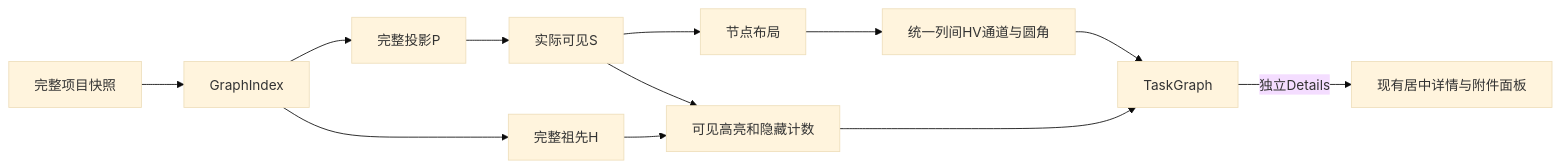
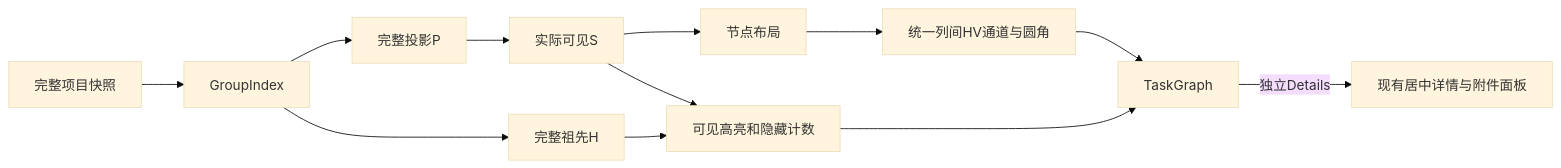
The diagram in docs/design/daynight-task-inspection.md (codetreker/day-night), drawn with Mermaid (base theme) before and after one commit. The commit also changed other lines of this file and 141 other files, not shown here.

````diff
--- a/docs/design/daynight-task-inspection.md
+++ b/docs/design/daynight-task-inspection.md
@@ -13,14 +13,14 @@
 ```mermaid
 flowchart LR
-  Snapshot[完整项目快照] --> Index[GraphIndex]
+  Snapshot[完整项目快照] --> Index[GroupIndex]
   Index --> P[完整投影P]
   P --> S[实际可见S]
   S --> Layout[节点布局]
   Layout --> Channels[统一列间HV通道与圆角]
   Index --> H[完整祖先H]
   H --> Paint[可见高亮和隐藏计数]
   S --> Paint
   Channels --> Canvas[TaskGraph]
   Paint --> Canvas
   Canvas -->|独立Details| Detail[现有居中详情与附件面板]
 ```
````
